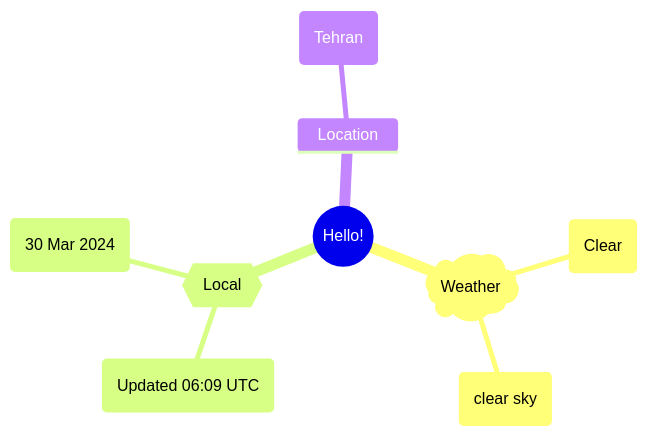
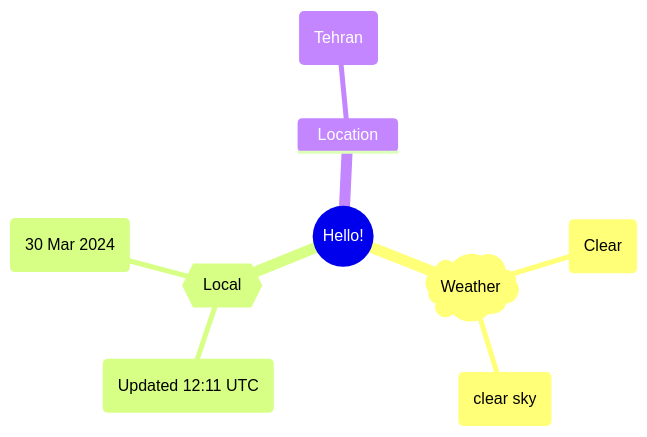
One commit to Xosrov/Xosrov changed the first of 2 diagrams in README.md. Above: the diagram before and after it, drawn with Mermaid.

Commit message:
[bot] updated images

````diff
--- a/README.md
+++ b/README.md
@@ -3,12 +3,12 @@
 ```mermaid
 mindmap
   root((Hello!))
     )Weather(
         (Clear)
         (clear sky)
     {{Local}}
-        (Updated 06:09 UTC)
+        (Updated 12:11 UTC)
         (30 Mar 2024)
     Location
         (Tehran)
 ```
````
